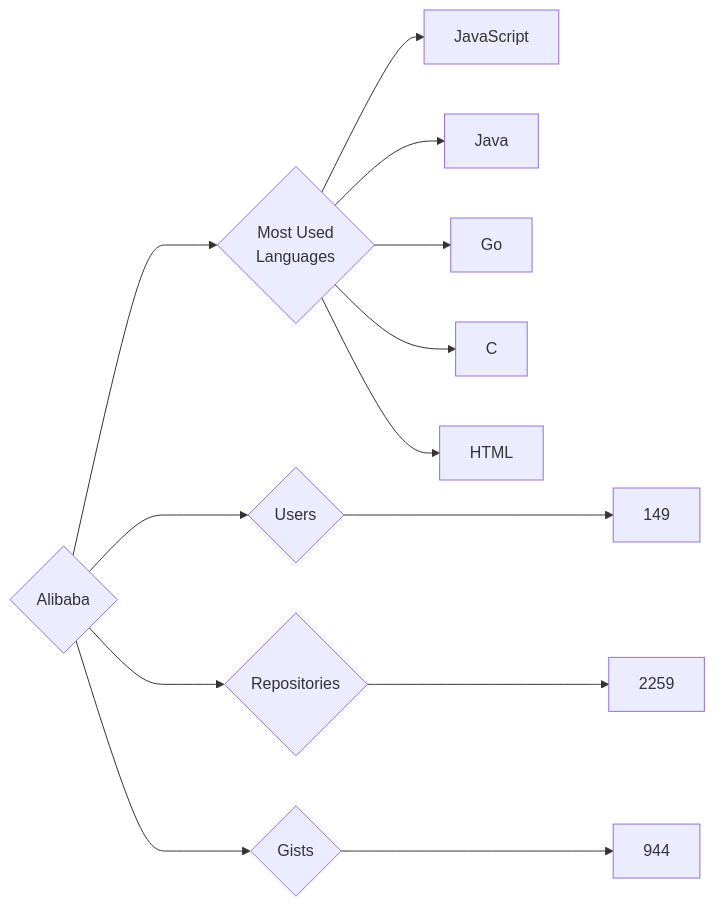
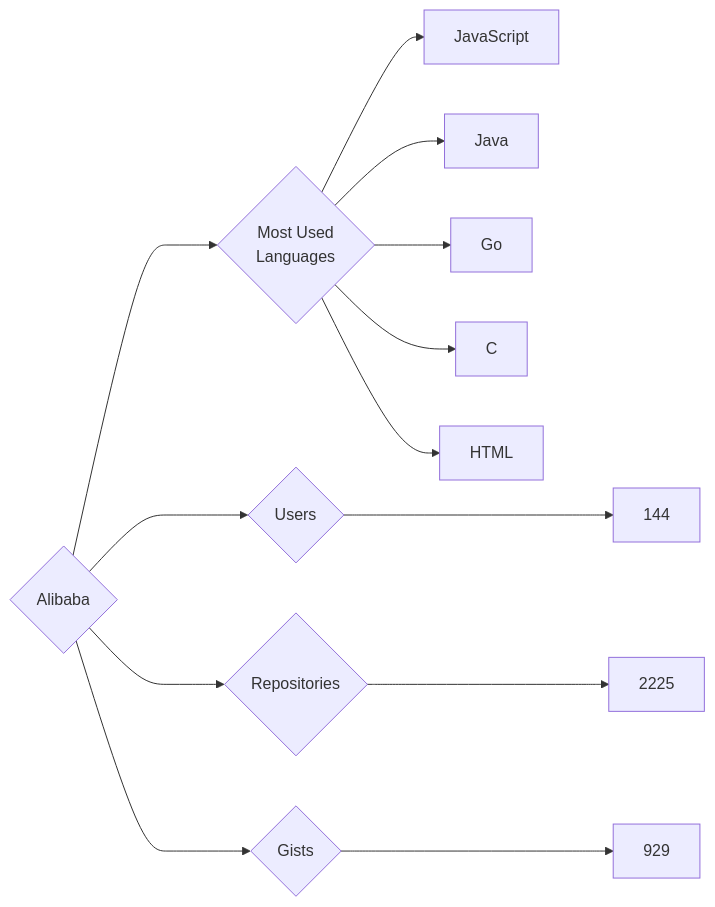
Before and after one commit to trickest/insiders: the diagram in targets/Alibaba/README.md, drawn with Mermaid. The commit also changed 610 other files, not shown here.

````diff
--- a/targets/Alibaba/README.md
+++ b/targets/Alibaba/README.md
@@ -3,13 +3,13 @@
 ```mermaid
 graph LR
 COMPANY_NAME{Alibaba}
-COMPANY_NAME ---> U{Users} ---> UN[149]
-COMPANY_NAME ---> R{Repositories} ---> RN[2259]
-COMPANY_NAME ---> G{Gists} ---> GN[944]
+COMPANY_NAME ---> U{Users} ---> UN[144]
+COMPANY_NAME ---> R{Repositories} ---> RN[2225]
+COMPANY_NAME ---> G{Gists} ---> GN[929]
 COMPANY_NAME ---> ML{Most Used<br>Languages}
 ML --> JavaScript[JavaScript]
 ML --> Java[Java]
 ML --> Go[Go]
 ML --> C[C]
 ML --> HTML[HTML]
 ```
````
